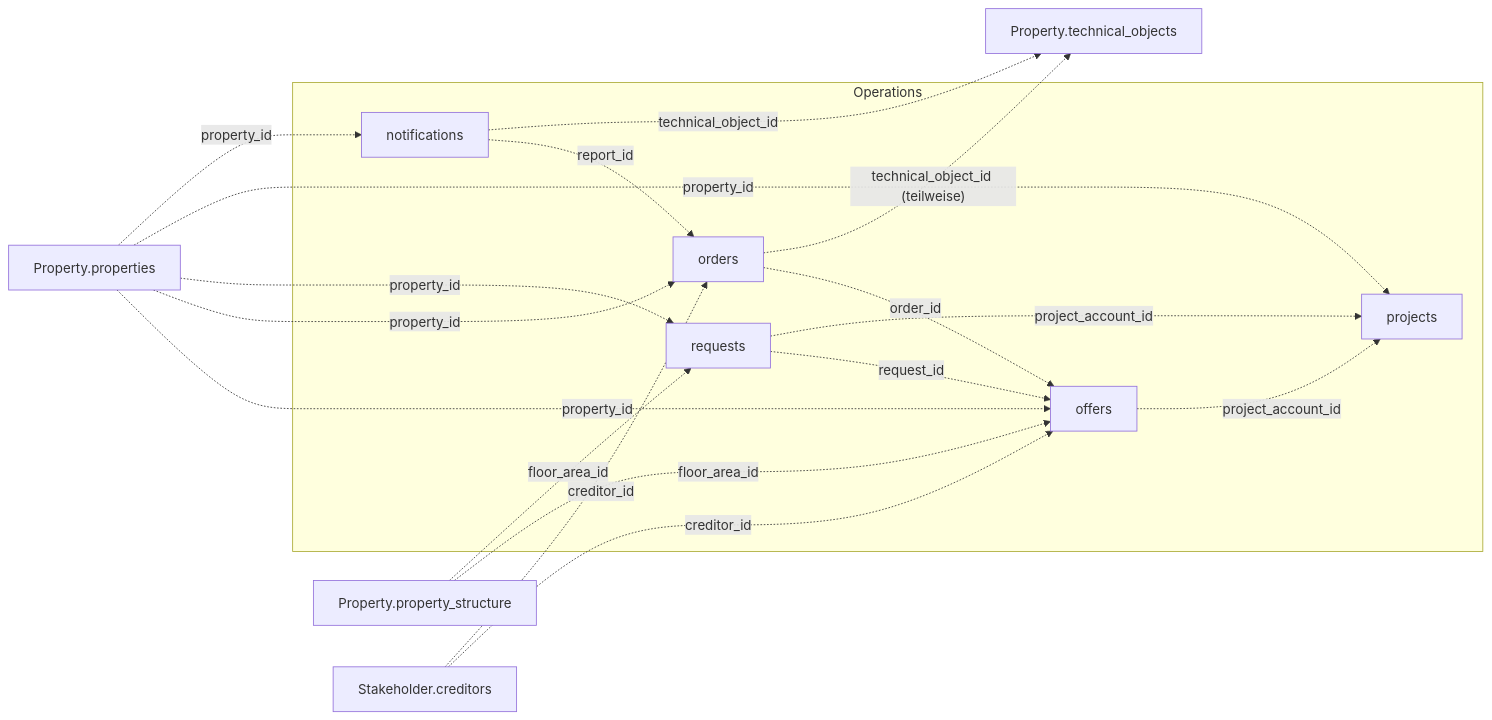
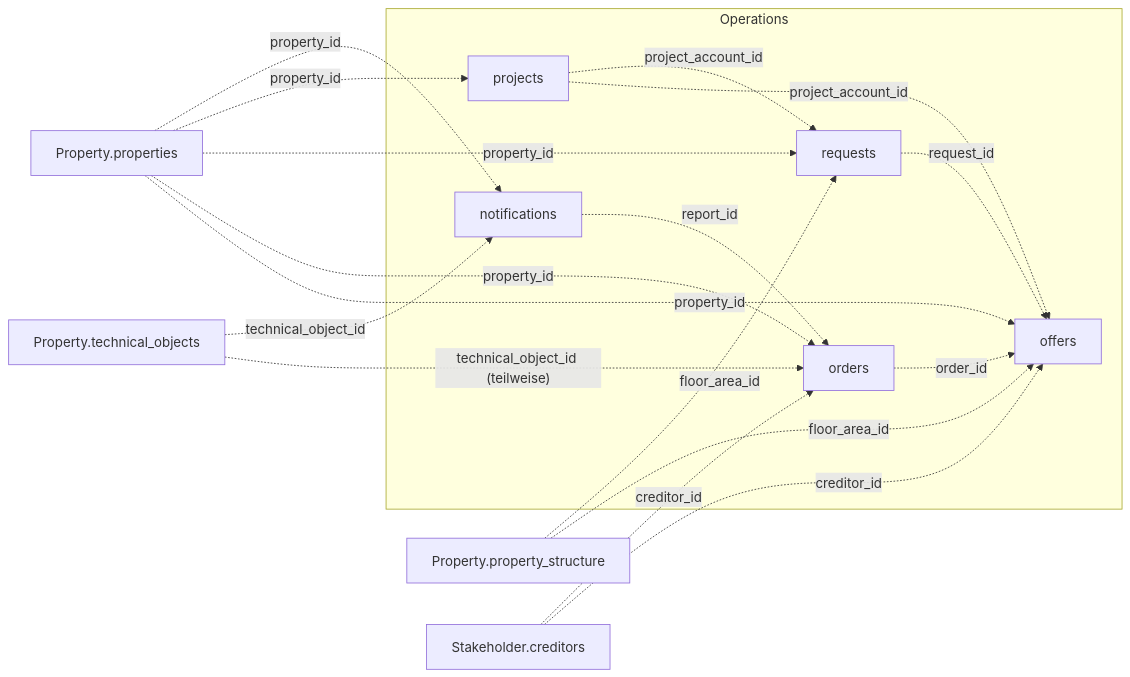
One commit to Trassets-ai/api-docs changed the diagram in de/v1/data-model/operations.mdx. Above: the diagram before and after it, drawn with Mermaid. The commit also changed other lines of this file and 5 other files, not shown here.

````diff
--- a/de/v1/data-model/operations.mdx
+++ b/de/v1/data-model/operations.mdx
@@ -13,32 +12,32 @@
 ```mermaid
 graph LR
   subgraph Operations
     notifications["notifications"]
     offers["offers"]
     orders["orders"]
     projects["projects"]
     requests["requests"]
   end
 
   properties["Property.properties"]
   technical_objects["Property.technical_objects"]
   property_structure["Property.property_structure"]
   creditor["Stakeholder.creditors"]
 
   properties -.->|property_id| notifications
   properties -.->|property_id| projects
   properties -.->|property_id| requests
-  requests -.->|project_account_id| projects
-  notifications -.->|technical_object_id| technical_objects
+  projects -.->|project_account_id| requests
+  technical_objects -.->|technical_object_id| notifications
   properties -.->|property_id| orders
   notifications -.->|report_id| orders
   creditor -.->|creditor_id| orders
-  orders -.->|"technical_object_id (teilweise)"| technical_objects
+  technical_objects -.->|"technical_object_id (teilweise)"| orders
   properties -.->|property_id| offers
   requests -.->|request_id| offers
   creditor -.->|creditor_id| offers
   orders -.->|order_id| offers
-  offers -.->|project_account_id| projects
+  projects -.->|project_account_id| offers
   property_structure -.->|floor_area_id| requests
   property_structure -.->|floor_area_id| offers
 ```
````
